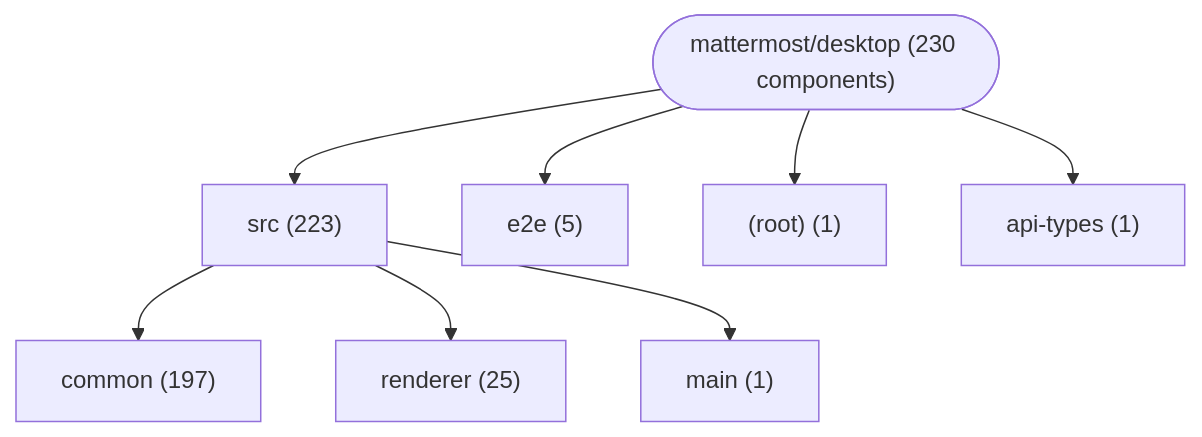
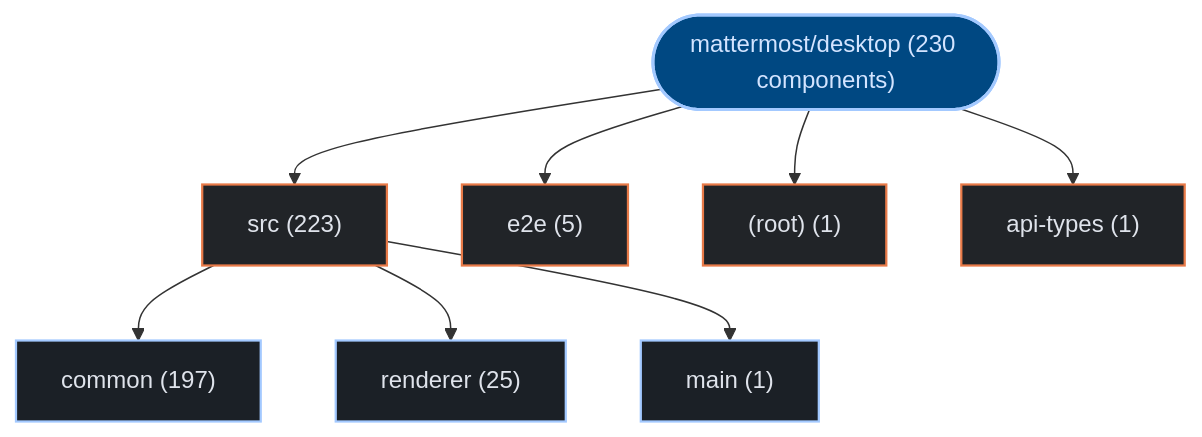
One commit to kumarshaz/atruss-code-atlas changed the first of 3 diagrams in exports/latest/reports/mattermost-desktop-report.md. Above: the diagram before and after it, drawn with Mermaid. The commit also changed other lines of this file and 331 other files, not shown here.

Commit message:
docs,ui,fix: update SDLC docs, reorder CI/CD DAG first, stylize Mermaid, and fix Arc42 pipeline topology

````diff
--- a/exports/latest/reports/mattermost-desktop-report.md
+++ b/exports/latest/reports/mattermost-desktop-report.md
@@ -42,18 +42,25 @@
 ```mermaid
 graph TD;
-    repo_root(["mattermost/desktop (230 components)"])
-    dir_0_src["src (223)"]
+  classDef atlasRoot fill:#004882,stroke:#a3c9ff,stroke-width:2px,color:#d3e4ff
+  classDef atlasCategory fill:#212428,stroke:#E87A48,stroke-width:1.5px,color:#dfe3eb
+  classDef atlasWorkflow fill:#1b2026,stroke:#a3c9ff,stroke-width:1.5px,color:#dfe3eb
+  classDef atlasJob fill:#171c22,stroke:#8d9199,stroke-width:1px,color:#dfe3eb
+  classDef atlasTarget fill:#005227,stroke:#8bd99b,stroke-width:1.5px,color:#a7f6b6
+  classDef atlasAlert fill:#93000a,stroke:#ffb4ab,stroke-width:1.5px,color:#ffdad6
+  classDef atlasMore fill:#252a31,stroke:#8d9199,stroke-dasharray:4 4,color:#c3c6cf
+    repo_root(["mattermost/desktop (230 components)"]):::atlasRoot
+    dir_0_src["src (223)"]:::atlasCategory
     repo_root --> dir_0_src
-    sub_0_0_common["common (197)"]
+    sub_0_0_common["common (197)"]:::atlasWorkflow
     dir_0_src --> sub_0_0_common
-    sub_0_1_renderer["renderer (25)"]
+    sub_0_1_renderer["renderer (25)"]:::atlasWorkflow
     dir_0_src --> sub_0_1_renderer
-    sub_0_2_main["main (1)"]
+    sub_0_2_main["main (1)"]:::atlasWorkflow
     dir_0_src --> sub_0_2_main
-    dir_1_e2e["e2e (5)"]
+    dir_1_e2e["e2e (5)"]:::atlasCategory
     repo_root --> dir_1_e2e
-    dir_2__root_["(root) (1)"]
+    dir_2__root_["(root) (1)"]:::atlasCategory
     repo_root --> dir_2__root_
-    dir_3_api_types["api-types (1)"]
+    dir_3_api_types["api-types (1)"]:::atlasCategory
     repo_root --> dir_3_api_types
 ```
````
